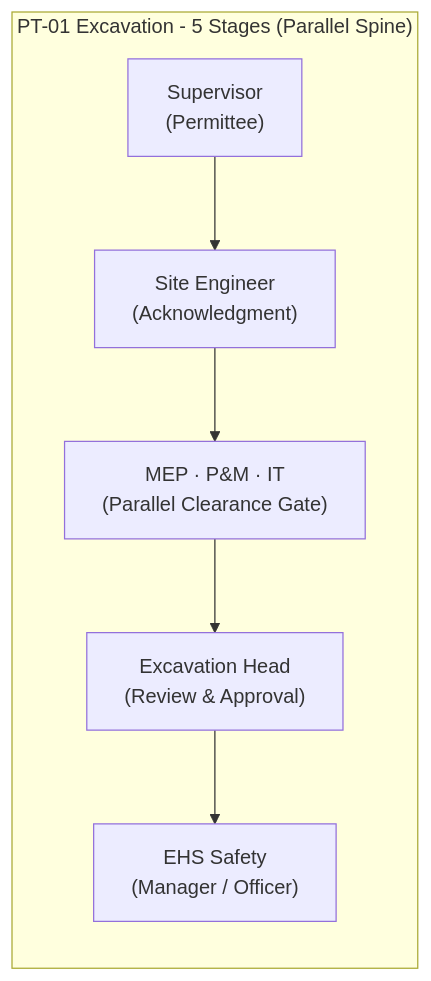
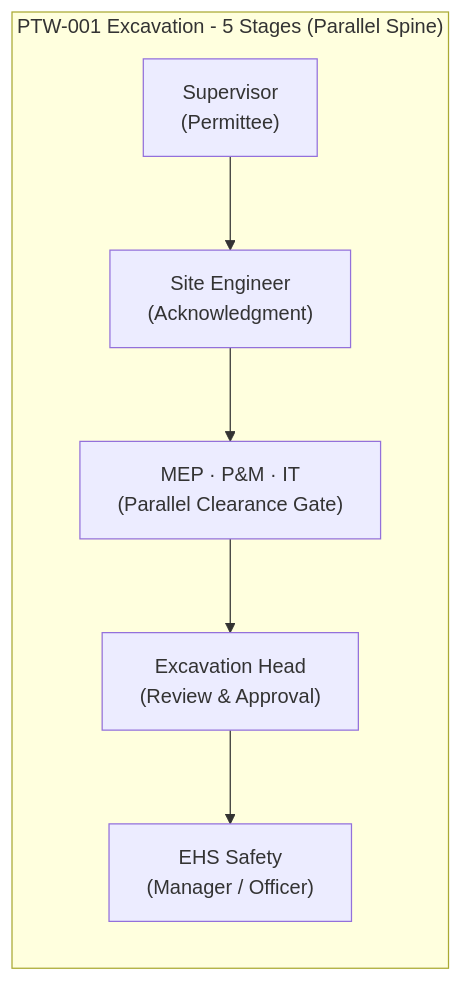
One commit to AuroGroupAutomationBot/ARPL-EHS-Demo changed the fourth of 31 diagrams in README.md. Above: the diagram before and after it, drawn with Mermaid. The commit also changed other lines of this file and 17 other files, not shown here.

````diff
--- a/README.md
+++ b/README.md
@@ -355,9 +356,9 @@
 ```mermaid
 graph LR
-    subgraph "PT-01 Excavation - 5 Stages (Parallel Spine)"
+    subgraph "PTW-001 Excavation - 5 Stages (Parallel Spine)"
         E1["Supervisor<br/>(Permittee)"] --> E2["Site Engineer<br/>(Acknowledgment)"]
         E2 --> E3["MEP · P&M · IT<br/>(Parallel Clearance Gate)"]
         E3 --> E4["Excavation Head<br/>(Review & Approval)"]
         E4 --> E5["EHS Safety<br/>(Manager / Officer)"]
     end
 ```
````
